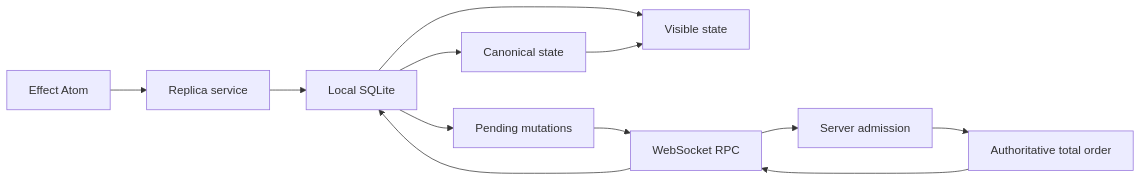
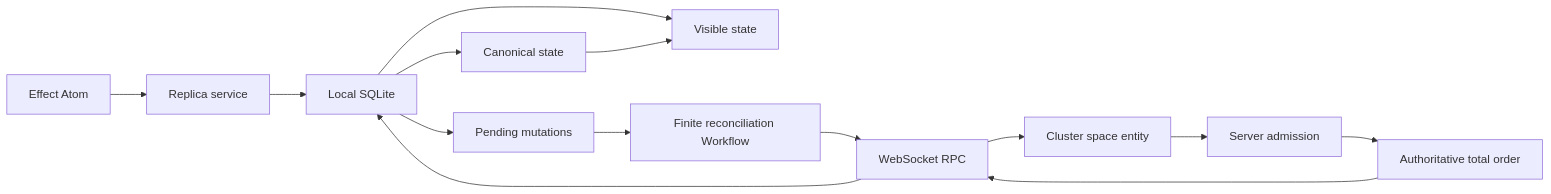
Before and after one commit to lucas-barake/effect-local: the diagram in README.md, drawn with Mermaid. The commit also changed other lines of this file and 5 other files, not shown here.

````diff
--- a/README.md
+++ b/README.md
@@ -13,14 +13,17 @@
 ```mermaid
 flowchart LR
   UI["Effect Atom"] --> R["Replica service"]
   R --> L["Local SQLite"]
   L --> P["Pending mutations"]
   L --> V["Visible state"]
-  P --> W["WebSocket RPC"]
-  W --> S["Server admission"]
+  P --> F["Finite reconciliation Workflow"]
+  F --> W
+  W["WebSocket RPC"]
+  W --> E["Cluster space entity"]
+  E --> S["Server admission"]
   S --> O["Authoritative total order"]
   O --> W
   W --> L
   L --> C["Canonical state"]
   C --> V
 ```
````
